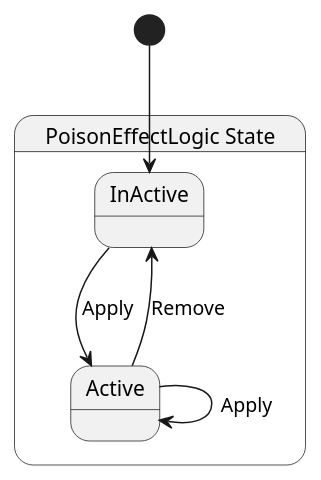
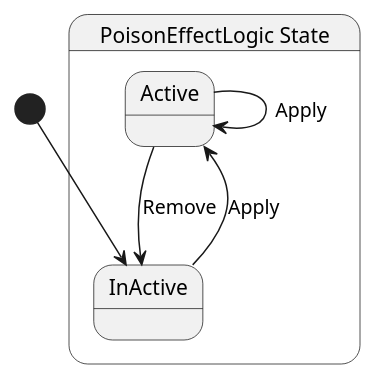
One commit to Ygoat/EternalJourney changed the diagram in src/common/status_effect/state/PoisonEffectLogic.g.puml. Above: the diagram before and after it, drawn with PlantUML. The commit also changed other lines of this file and 18 other files, not shown here.

```diff
--- a/src/common/status_effect/state/PoisonEffectLogic.g.puml
+++ b/src/common/status_effect/state/PoisonEffectLogic.g.puml
@@ -1,11 +1,11 @@
 @startuml PoisonEffectLogic
 state "PoisonEffectLogic State" as EternalJourney_Common_StatusEffect_State_PoisonEffectLogic_State {
+  state "Active" as EternalJourney_Common_StatusEffect_State_PoisonEffectLogic_State_Active
   state "InActive" as EternalJourney_Common_StatusEffect_State_PoisonEffectLogic_State_InActive
-  state "Active" as EternalJourney_Common_StatusEffect_State_PoisonEffectLogic_State_Active
 }
 
 EternalJourney_Common_StatusEffect_State_PoisonEffectLogic_State_Active --> EternalJourney_Common_StatusEffect_State_PoisonEffectLogic_State_Active : Apply
 EternalJourney_Common_StatusEffect_State_PoisonEffectLogic_State_Active --> EternalJourney_Common_StatusEffect_State_PoisonEffectLogic_State_InActive : Remove
 EternalJourney_Common_StatusEffect_State_PoisonEffectLogic_State_InActive --> EternalJourney_Common_StatusEffect_State_PoisonEffectLogic_State_Active : Apply
 [*] --> EternalJourney_Common_StatusEffect_State_PoisonEffectLogic_State_InActive
 @enduml
```
